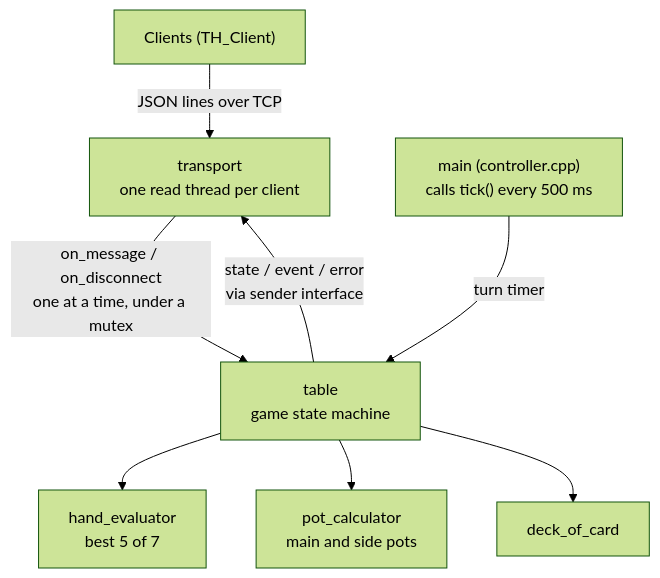
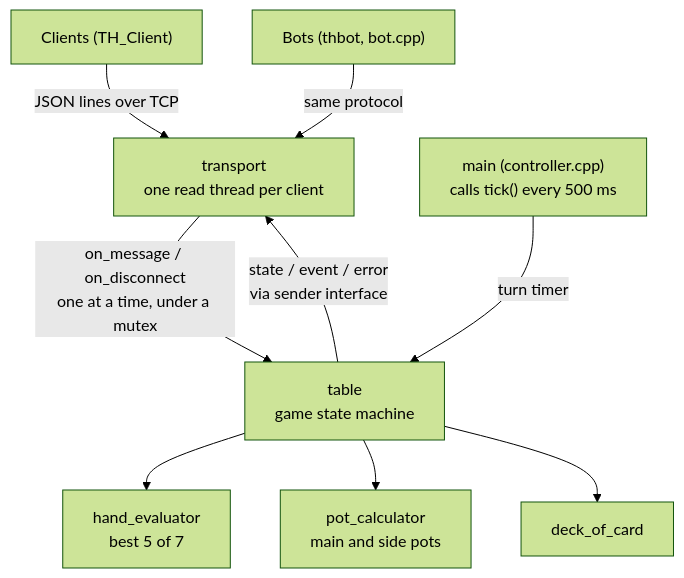
One commit to Bryan438/Texas_Holdem_1 changed the diagram in README.md. Above: the diagram before and after it, drawn with Mermaid (forest theme). The commit also changed other lines of this file and 16 other files, not shown here.

First line of the commit message:
Add bots: thbot plays over the network, thmatch measures them (#9)

````diff
--- a/README.md
+++ b/README.md
@@ -24,10 +24,11 @@
 ```mermaid
 flowchart TD
   A["Clients (TH_Client)"] -- "JSON lines over TCP" --> B["transport<br/>one read thread per client"]
+  H["Bots (thbot, bot.cpp)"] -- "same protocol" --> B
   B -- "on_message / on_disconnect<br/>one at a time, under a mutex" --> C["table<br/>game state machine"]
   C -- "state / event / error<br/>via sender interface" --> B
   C --> D["hand_evaluator<br/>best 5 of 7"]
   C --> E["pot_calculator<br/>main and side pots"]
   C --> F["deck_of_card"]
   G["main (controller.cpp)<br/>calls tick() every 500 ms"] -- "turn timer" --> C
 ```
````
